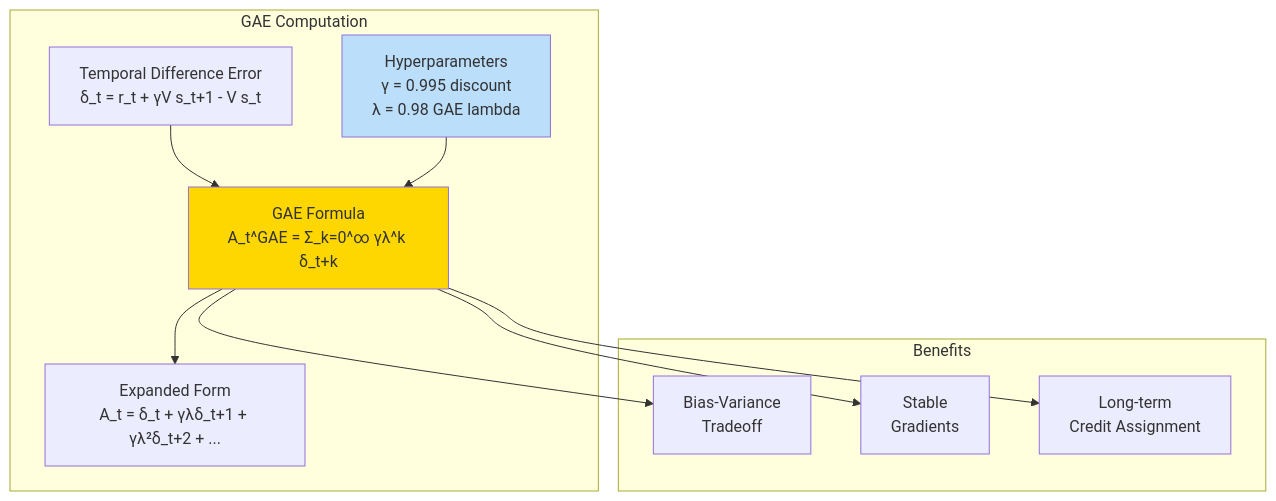
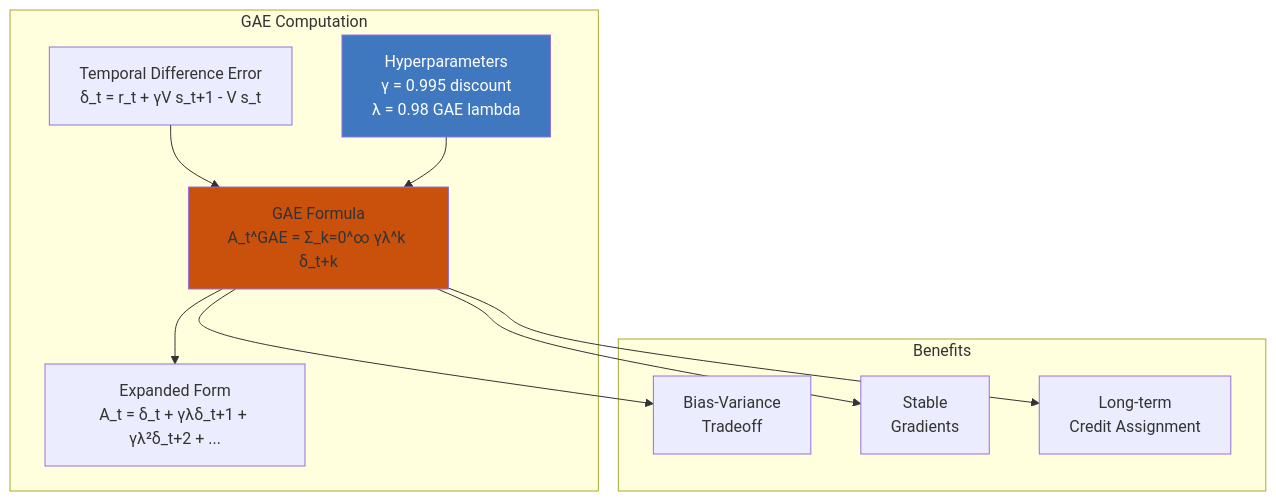
Before and after one commit to HelloCol2/markov-fraud-antigravity: the fifth of 14 diagrams in README.md, drawn with Mermaid. The commit also changed other lines of this file, not shown here.

````diff
--- a/README.md
+++ b/README.md
@@ -283,29 +282,29 @@
 ```mermaid
 graph TB
     subgraph "GAE Computation"
         TD[Temporal Difference Error<br/>δ_t = r_t + γV s_t+1 - V s_t]
         
         GAE[GAE Formula<br/>A_t^GAE = Σ_k=0^∞ γλ^k δ_t+k]
         
         Expand[Expanded Form<br/>A_t = δ_t + γλδ_t+1 + γλ²δ_t+2 + ...]
         
         Params[Hyperparameters<br/>γ = 0.995 discount<br/>λ = 0.98 GAE lambda]
     end
     
     subgraph "Benefits"
         B1[Bias-Variance<br/>Tradeoff]
         B2[Stable<br/>Gradients]
         B3[Long-term<br/>Credit Assignment]
     end
     
     TD --> GAE
     GAE --> Expand
     Params --> GAE
     
     GAE --> B1
     GAE --> B2
     GAE --> B3
     
-    style GAE fill:#ffd700
-    style Params fill:#bbdefb
+    style GAE fill:#c9510c
+    style Params fill:#4078c0,color:#fff
 ```
````
